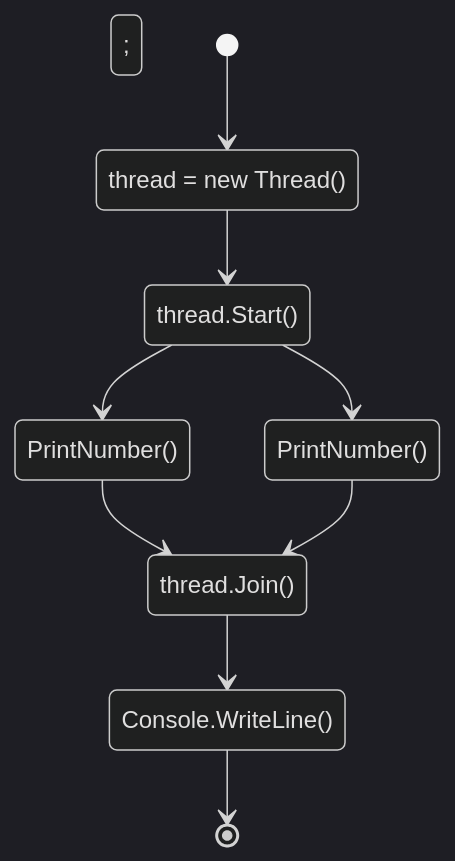
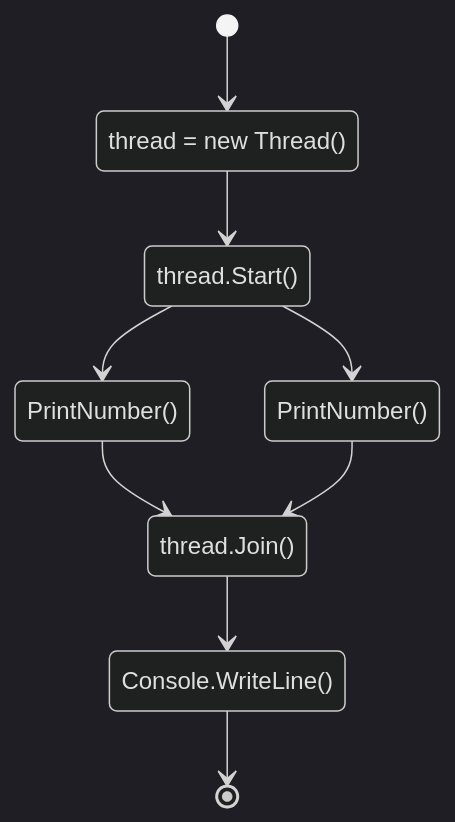
The diagram in aula_02/README.md (lupamedeiros/pjd_redes), drawn with Mermaid (dark theme) before and after one commit.

````diff
--- a/aula_02/README.md
+++ b/aula_02/README.md
@@ -82,17 +82,17 @@
 ```mermaid
 stateDiagram-v2 
-    create : thread = new Thread();
-    start : thread.Start();
-    print1 : PrintNumber();
-    print2 : PrintNumber();
-    join : thread.Join();
-    write : Console.WriteLine();
+    create : thread = new Thread()
+    start : thread.Start()
+    print1 : PrintNumber()
+    print2 : PrintNumber()
+    join : thread.Join()
+    write : Console.WriteLine()
     [*] --> create
     create --> start 
     start --> print1
     start --> print2
     print1 --> join
     print2 --> join
     join --> write
     write --> [*]
 ```
````
